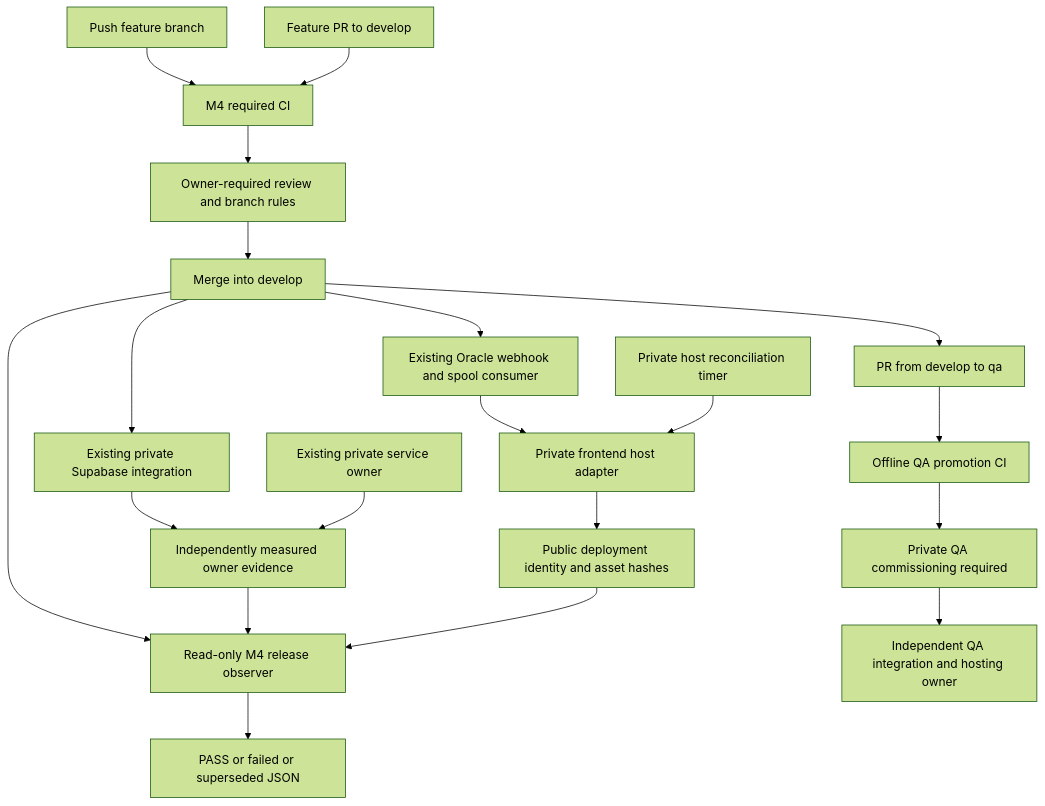
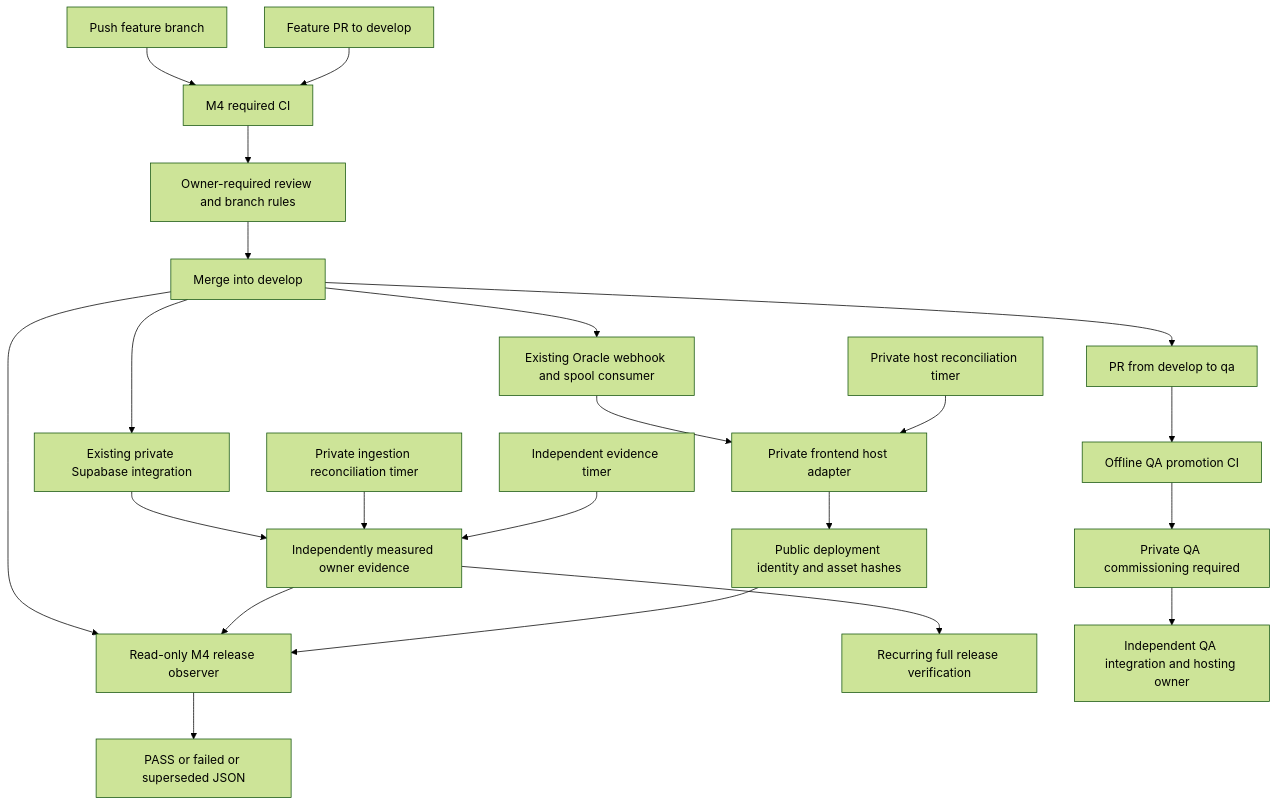
The diagram in docs/architecture/MONEYBOWL_M4_ENVIRONMENT_PROMOTION.md (sharanravi954mf/Mutual_Fund_Portfolio_App), drawn with Mermaid (forest theme) before and after one commit. The commit also changed other lines of this file and 16 other files, not shown here.

Commit message:
feat: complete private release owners and propagation verification

````diff
--- a/docs/architecture/MONEYBOWL_M4_ENVIRONMENT_PROMOTION.md
+++ b/docs/architecture/MONEYBOWL_M4_ENVIRONMENT_PROMOTION.md
@@ -12,22 +12,24 @@
 ```mermaid
 flowchart TD
   Feature[Push feature branch] --> CI[M4 required CI]
   PR[Feature PR to develop] --> CI
   CI --> Review[Owner-required review and branch rules]
   Review --> Develop[Merge into develop]
   Develop --> Supabase[Existing private Supabase integration]
   Develop --> Webhook[Existing Oracle webhook and spool consumer]
   Webhook --> Flutter[Private frontend host adapter]
   Reconcile[Private host reconciliation timer] --> Flutter
   Develop --> Observer[Read-only M4 release observer]
   Supabase --> Proof[Independently measured owner evidence]
-  Services[Existing private service owner] --> Proof
+  Services[Private ingestion reconciliation timer] --> Proof
+  EvidenceTimer[Independent evidence timer] --> Proof
+  Proof --> PrivateReport[Recurring full release verification]
   Flutter --> Identity[Public deployment identity and asset hashes]
   Proof --> Observer
   Identity --> Observer
   Observer --> Report[PASS or failed or superseded JSON]
   Develop --> QAPR[PR from develop to qa]
   QAPR --> QACI[Offline QA promotion CI]
   QACI --> QAGate[Private QA commissioning required]
   QAGate --> QA[Independent QA integration and hosting owner]
 ```
````
